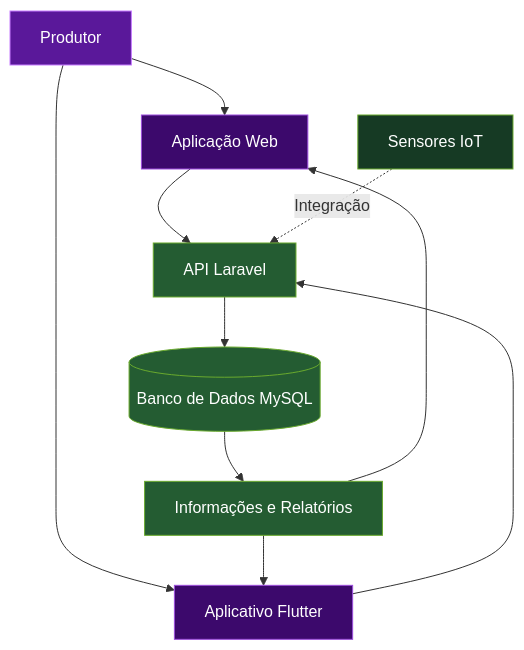
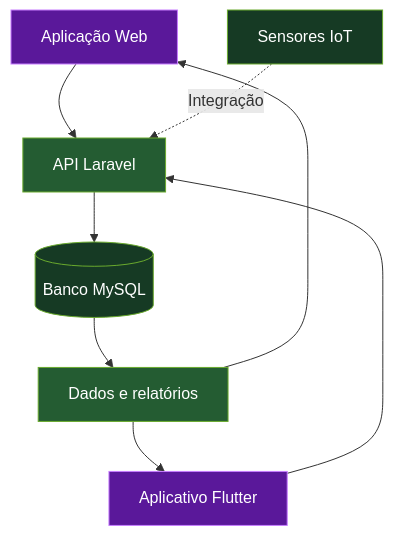
The diagram in README.md (brunafigueirasilva/brunafigueirasilva), drawn with Mermaid before and after one commit. The commit also changed other lines of this file, not shown here.

````diff
--- a/README.md
+++ b/README.md
@@ -208,20 +161,17 @@
 ```mermaid
 flowchart TD
-    A[Produtor] --> B[Aplicação Web]
-    A --> C[Aplicativo Flutter]
-    B --> D[API Laravel]
-    C --> D
-    D --> E[(Banco de Dados MySQL)]
-    F[Sensores IoT] -. Integração .-> D
-    E --> G[Informações e Relatórios]
-    G --> B
-    G --> C
+    A["Aplicação Web"] --> C["API Laravel"]
+    B["Aplicativo Flutter"] --> C
+    C --> D[("Banco MySQL")]
+    E["Sensores IoT"] -. "Integração" .-> C
+    D --> F["Dados e relatórios"]
+    F --> A
+    F --> B
 
     style A fill:#5A189A,color:#fff,stroke:#C77DFF
-    style B fill:#3C096C,color:#fff,stroke:#9D4EDD
-    style C fill:#3C096C,color:#fff,stroke:#9D4EDD
-    style D fill:#245C32,color:#fff,stroke:#6AAA2E
-    style E fill:#245C32,color:#fff,stroke:#6AAA2E
-    style F fill:#163A24,color:#fff,stroke:#6AAA2E
-    style G fill:#245C32,color:#fff,stroke:#6AAA2E
+    style B fill:#5A189A,color:#fff,stroke:#C77DFF
+    style C fill:#245C32,color:#fff,stroke:#6AAA2E
+    style D fill:#163A24,color:#fff,stroke:#6AAA2E
+    style E fill:#163A24,color:#fff,stroke:#6AAA2E
+    style F fill:#245C32,color:#fff,stroke:#6AAA2E
 ```
````
